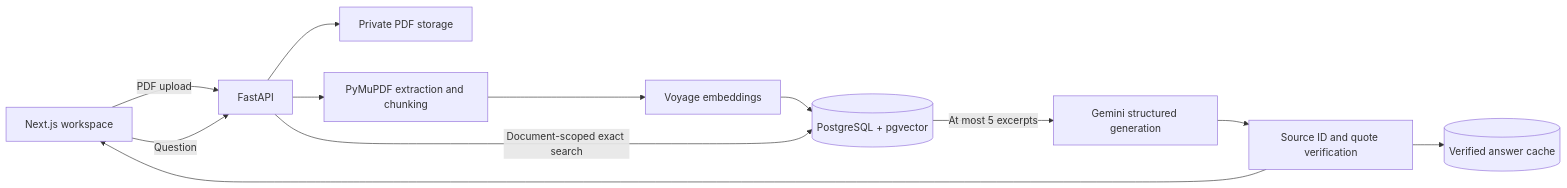
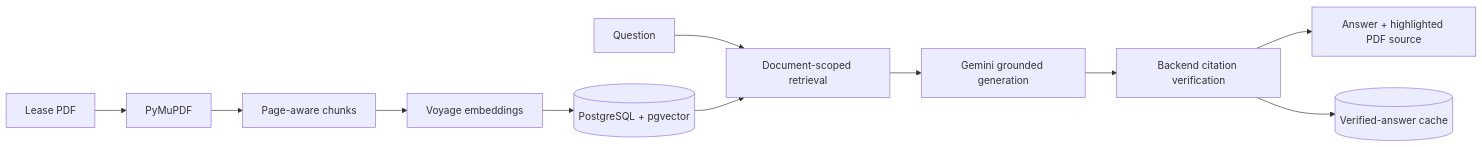
One commit to joshvsingh2901/Know-Your-Lease changed the diagram in README.md. Above: the diagram before and after it, drawn with Mermaid. The commit also changed other lines of this file and 1 other file, not shown here.

````diff
--- a/README.md
+++ b/README.md
@@ -18,14 +48,14 @@
 ```mermaid
 flowchart LR
-    UI[Next.js workspace] -->|PDF upload| API[FastAPI]
-    API --> STORE[Private PDF storage]
-    API --> EXTRACT[PyMuPDF extraction and chunking]
-    EXTRACT --> VOYAGE[Voyage embeddings]
-    VOYAGE --> PG[(PostgreSQL + pgvector)]
-    UI -->|Question| API
-    API -->|Document-scoped exact search| PG
-    PG -->|At most 5 excerpts| GEMINI[Gemini structured generation]
-    GEMINI --> VERIFY[Source ID and quote verification]
-    VERIFY --> UI
-    VERIFY --> CACHE[(Verified answer cache)]
+    PDF[Lease PDF] --> EXTRACT[PyMuPDF]
+    EXTRACT --> CHUNKS[Page-aware chunks]
+    CHUNKS --> EMBED[Voyage embeddings]
+    EMBED --> PG[(PostgreSQL + pgvector)]
+
+    QUESTION[Question] --> RETRIEVE[Document-scoped retrieval]
+    PG --> RETRIEVE
+    RETRIEVE --> GEMINI[Gemini grounded generation]
+    GEMINI --> VERIFY[Backend citation verification]
+    VERIFY --> RESULT[Answer + highlighted PDF source]
+    VERIFY --> CACHE[(Verified-answer cache)]
 ```
````
